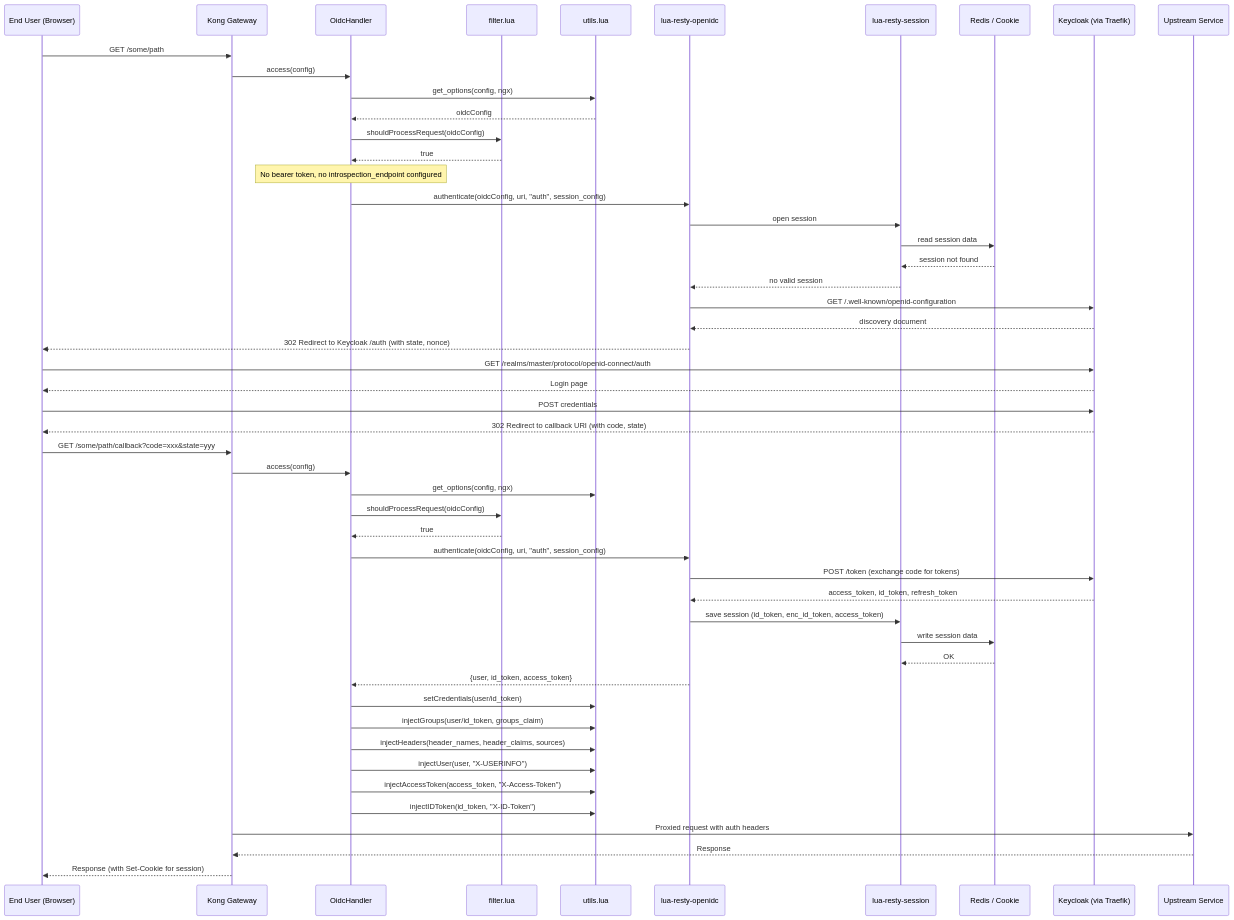
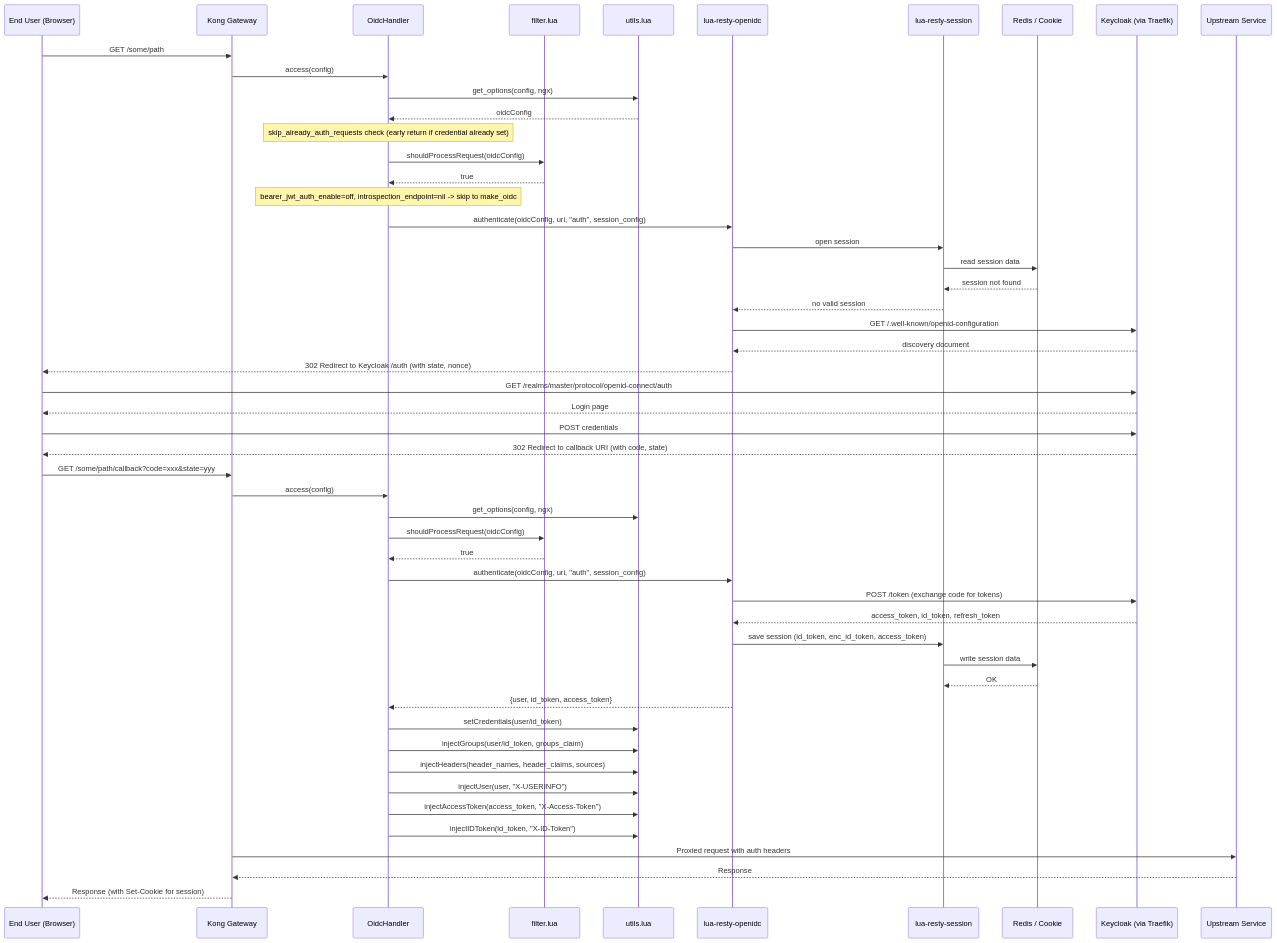
One commit to suwa-sh/kong-plugin-oidc changed the fourth of 8 diagrams in docs/architecture.md. Above: the diagram before and after it, drawn with Mermaid. The commit also changed other lines of this file, not shown here.

First line of the commit message:
docs: add C4 Model architecture diagrams

````diff
--- a/docs/architecture.md
+++ b/docs/architecture.md
@@ -92,62 +94,65 @@
 ```mermaid
 sequenceDiagram
     participant Client as End User (Browser)
     participant Kong as Kong Gateway
     participant Handler as OidcHandler
     participant Filter as filter.lua
     participant Utils as utils.lua
     participant OpenIDC as lua-resty-openidc
     participant Session as lua-resty-session
     participant Redis as Redis / Cookie
     participant Keycloak as Keycloak (via Traefik)
     participant Upstream as Upstream Service
 
     Client->>Kong: GET /some/path
     Kong->>Handler: access(config)
     Handler->>Utils: get_options(config, ngx)
     Utils-->>Handler: oidcConfig
+
+    Note over Handler: skip_already_auth_requests check (early return if credential already set)
+
     Handler->>Filter: shouldProcessRequest(oidcConfig)
     Filter-->>Handler: true
 
-    Note over Handler: No bearer token, no introspection_endpoint configured
+    Note over Handler: bearer_jwt_auth_enable=off, introspection_endpoint=nil -> skip to make_oidc
     Handler->>OpenIDC: authenticate(oidcConfig, uri, "auth", session_config)
     OpenIDC->>Session: open session
     Session->>Redis: read session data
     Redis-->>Session: session not found
     Session-->>OpenIDC: no valid session
 
     OpenIDC->>Keycloak: GET /.well-known/openid-configuration
     Keycloak-->>OpenIDC: discovery document
     OpenIDC-->>Client: 302 Redirect to Keycloak /auth (with state, nonce)
 
     Client->>Keycloak: GET /realms/master/protocol/openid-connect/auth
     Keycloak-->>Client: Login page
     Client->>Keycloak: POST credentials
     Keycloak-->>Client: 302 Redirect to callback URI (with code, state)
 
     Client->>Kong: GET /some/path/callback?code=xxx&state=yyy
     Kong->>Handler: access(config)
     Handler->>Utils: get_options(config, ngx)
     Handler->>Filter: shouldProcessRequest(oidcConfig)
     Filter-->>Handler: true
     Handler->>OpenIDC: authenticate(oidcConfig, uri, "auth", session_config)
 
     OpenIDC->>Keycloak: POST /token (exchange code for tokens)
     Keycloak-->>OpenIDC: access_token, id_token, refresh_token
 
     OpenIDC->>Session: save session (id_token, enc_id_token, access_token)
     Session->>Redis: write session data
     Redis-->>Session: OK
     OpenIDC-->>Handler: {user, id_token, access_token}
 
     Handler->>Utils: setCredentials(user/id_token)
     Handler->>Utils: injectGroups(user/id_token, groups_claim)
     Handler->>Utils: injectHeaders(header_names, header_claims, sources)
     Handler->>Utils: injectUser(user, "X-USERINFO")
     Handler->>Utils: injectAccessToken(access_token, "X-Access-Token")
     Handler->>Utils: injectIDToken(id_token, "X-ID-Token")
 
     Kong->>Upstream: Proxied request with auth headers
     Upstream-->>Kong: Response
     Kong-->>Client: Response (with Set-Cookie for session)
 ```
````
